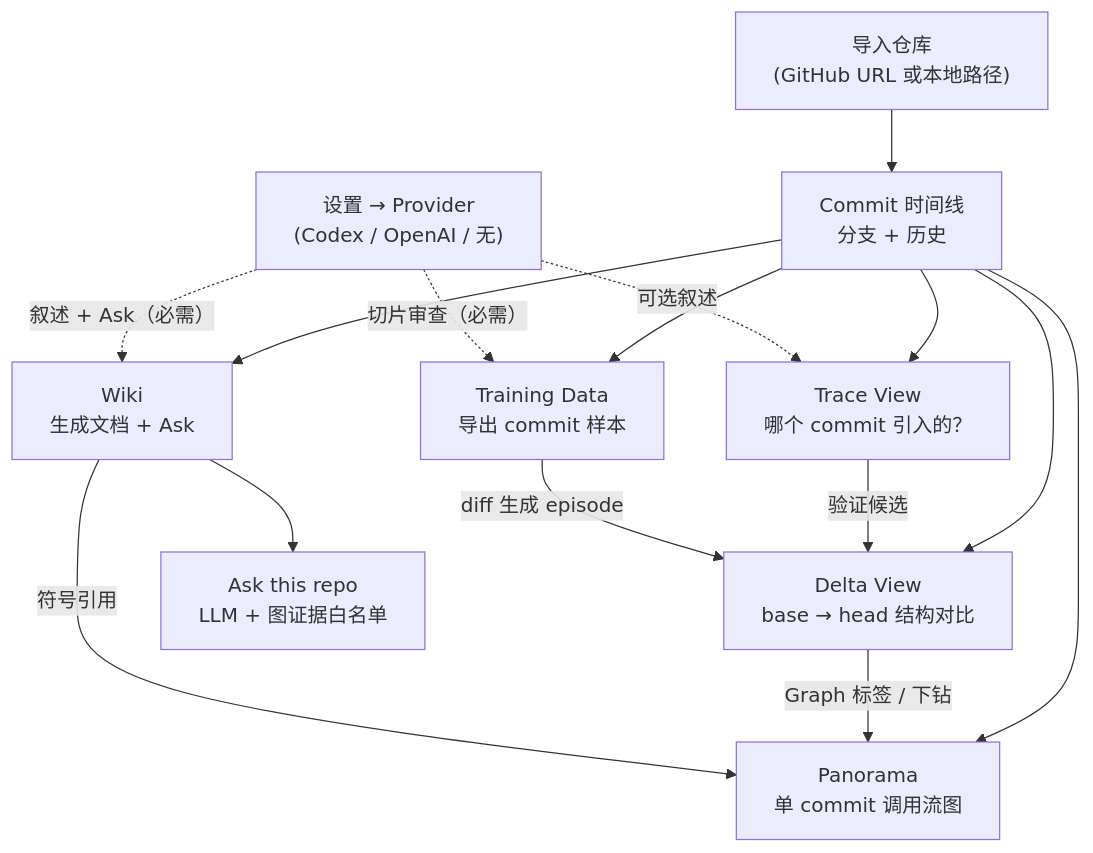
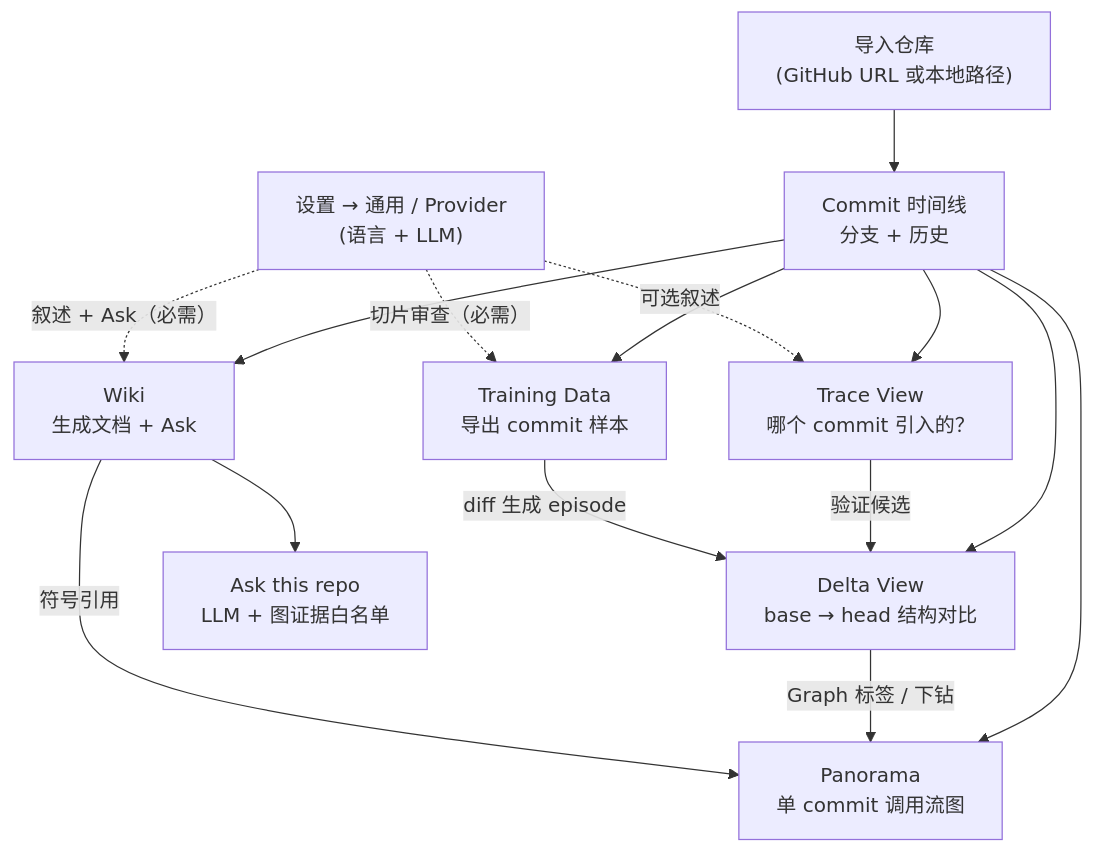
Before and after one commit to ingeniousfrog/CodeDelta: the first of 2 diagrams in README.zh-CN.md, drawn with Mermaid. The commit also changed other lines of this file and 51 other files, not shown here.

````diff
--- a/README.zh-CN.md
+++ b/README.zh-CN.md
@@ -49,24 +49,24 @@
 ```mermaid
 flowchart TB
   Import["导入仓库\n(GitHub URL 或本地路径)"]
   Timeline["Commit 时间线\n分支 + 历史"]
 
   Import --> Timeline
 
   Timeline --> Delta["Delta View\nbase → head 结构对比"]
   Timeline --> Trace["Trace View\n哪个 commit 引入的？"]
   Timeline --> Panorama["Panorama\n单 commit 调用流图"]
   Timeline --> Wiki["Wiki\n生成文档 + Ask"]
   Timeline --> Training["Training Data\n导出 commit 样本"]
 
   Trace -->|"验证候选"| Delta
   Delta -->|"Graph 标签 / 下钻"| Panorama
   Wiki -->|"符号引用"| Panorama
   Wiki --> Ask["Ask this repo\nLLM + 图证据白名单"]
   Training -->|"diff 生成 episode"| Delta
 
-  Provider["设置 → Provider\n(Codex / OpenAI / 无)"]
+  Provider["设置 → 通用 / Provider\n(语言 + LLM)"]
   Provider -.->|"可选叙述"| Trace
   Provider -.->|"叙述 + Ask（必需）"| Wiki
   Provider -.->|"切片审查（必需）"| Training
 ```
````
